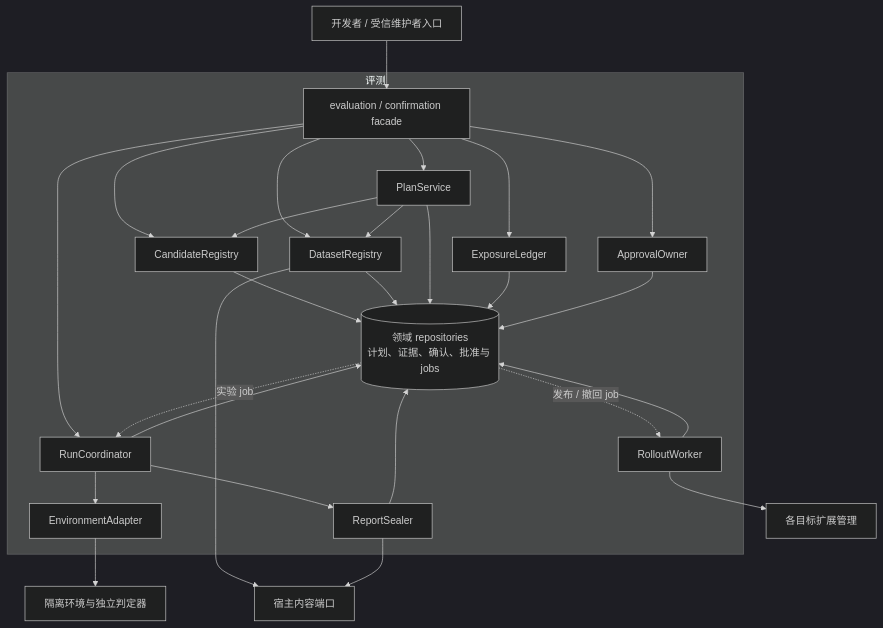
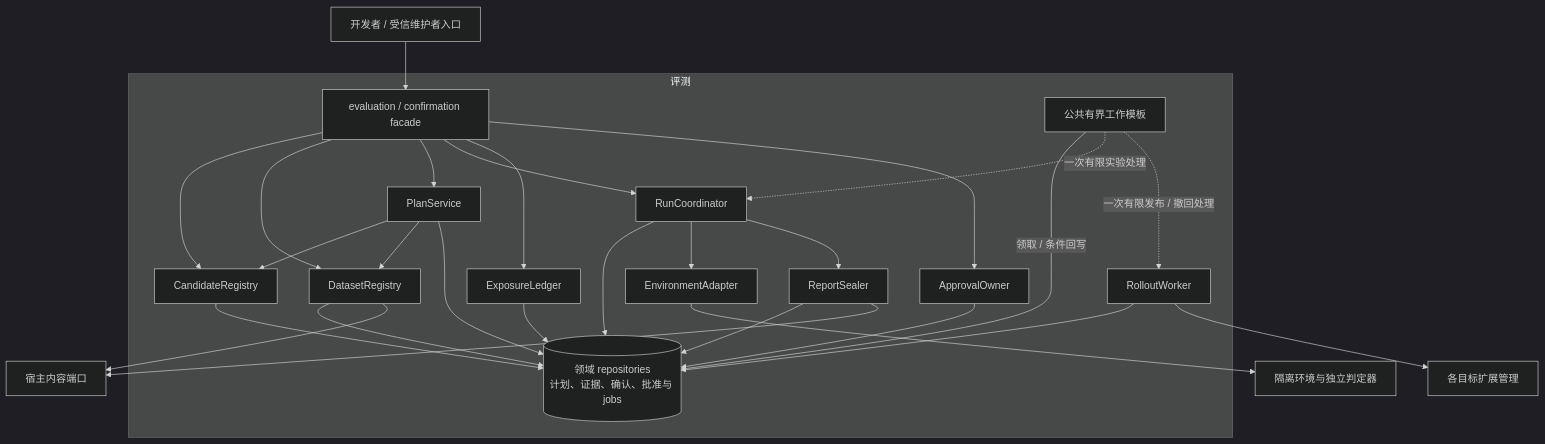
The first of 3 diagrams in docs/architecture/evaluation/implementation.md (ruipengliu/lerna), drawn with Mermaid (dark theme) before and after one commit. The commit also changed other lines of this file and 149 other files, not shown here.

Commit message:
docs: define reliable-work architecture and scenarios

````diff
--- a/docs/architecture/evaluation/implementation.md
+++ b/docs/architecture/evaluation/implementation.md
@@ -35,45 +35,46 @@
 ```mermaid
 flowchart TB
     Caller[开发者 / 受信维护者入口]
     Env[隔离环境与独立判定器]
     Content[宿主内容端口]
     Host[各目标扩展管理]
     subgraph Evaluation[评测]
       F[evaluation / confirmation facade]
       C[CandidateRegistry]
       D[DatasetRegistry]
       P[PlanService]
       R[RunCoordinator]
       A[EnvironmentAdapter]
       T[ReportSealer]
       E[ExposureLedger]
       O[ApprovalOwner]
       W[RolloutWorker]
       S[(领域 repositories<br/>计划、证据、确认、批准与 jobs)]
       F --> C
       F --> D
       F --> P
       F --> R
       F --> E
       F --> O
       P --> C
       P --> D
       C --> S
       D --> S
       P --> S
       R --> S
-      S -.->|实验 job| R
+      J[公共有界工作模板] -->|领取 / 条件回写| S
+      J -.->|一次有限实验处理| R
       R --> A
       R --> T
       T --> S
       E --> S
       O --> S
-      S -.->|发布 / 撤回 job| W
+      J -.->|一次有限发布 / 撤回处理| W
       W --> S
     end
     Caller --> F
     A --> Env
     D --> Content
     T --> Content
     W --> Host
 ```
````
